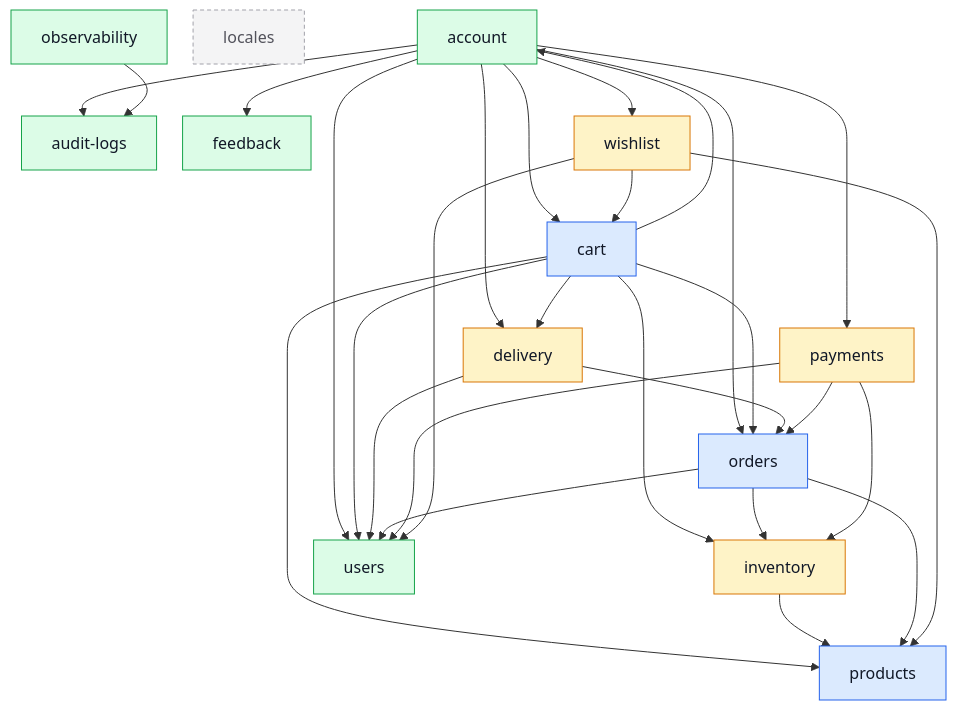
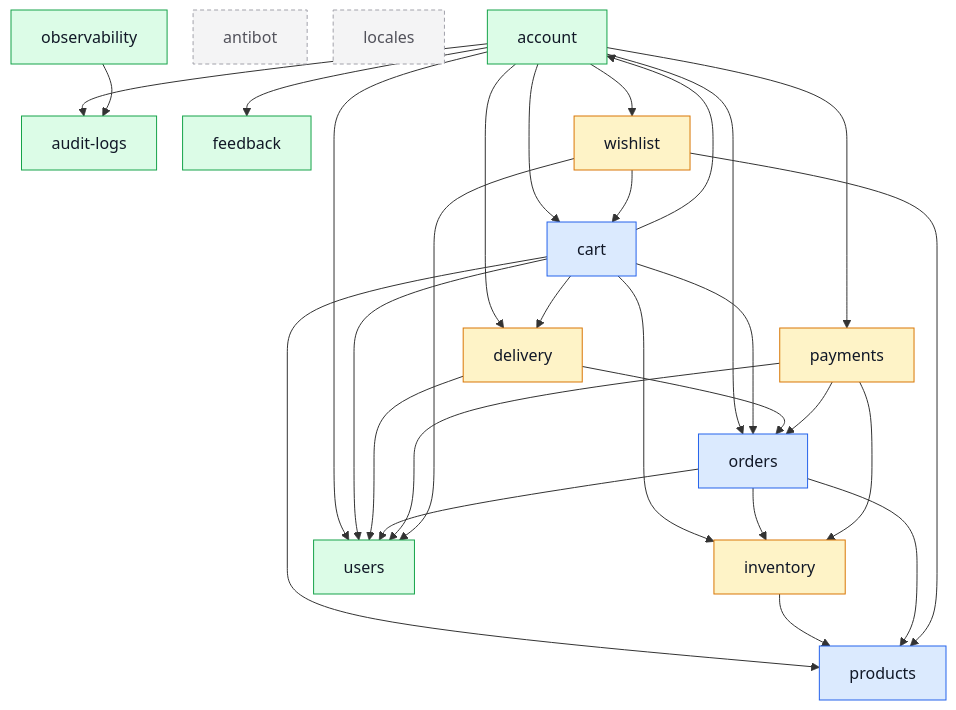
One commit to Guebbit/boilerplate-node-backend changed the diagram in docs/modules/index.md. Above: the diagram before and after it, drawn with Mermaid. The commit also changed other lines of this file and 46 other files, not shown here.

````diff
--- a/docs/modules/index.md
+++ b/docs/modules/index.md
@@ -40,54 +40,55 @@
 ```mermaid
 %%{init: {'flowchart': {'nodeSpacing': 26, 'rankSpacing': 52}}}%%
 flowchart TD
     account
+    antibot
     audit_logs["audit-logs"]
     cart
     delivery
     feedback
     inventory
     locales
     observability
     orders
     payments
     products
     users
     wishlist
 
     account --> audit_logs
     account --> cart
     account --> delivery
     account --> feedback
     account --> orders
     account --> payments
     account --> users
     account --> wishlist
     cart --> account
     cart --> delivery
     cart --> inventory
     cart --> orders
     cart --> products
     cart --> users
     delivery --> orders
     delivery --> users
     inventory --> products
     observability --> audit_logs
     orders --> inventory
     orders --> products
     orders --> users
     payments --> inventory
     payments --> orders
     payments --> users
     wishlist --> cart
     wishlist --> products
     wishlist --> users
 
     classDef core fill:#dbeafe,stroke:#2563eb,color:#111827;
     classDef supporting fill:#fef3c7,stroke:#d97706,color:#111827;
     classDef generic fill:#dcfce7,stroke:#16a34a,color:#111827;
     classDef isolated fill:#f4f4f5,stroke:#a1a1aa,color:#52525b,stroke-dasharray:4 3;
     class cart,orders,products core;
     class delivery,inventory,payments,wishlist supporting;
     class account,audit_logs,feedback,observability,users generic;
-    class locales isolated;
+    class antibot,locales isolated;
 ```
````
